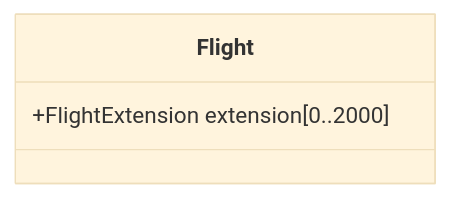
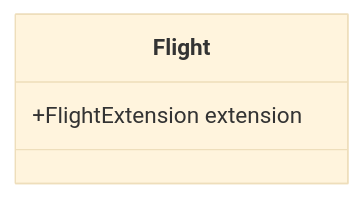
Before and after one commit to du-lapin/test_docsify: the second of 2 diagrams in docs/fixm/FIXM_UML_in_mermaid.md, drawn with Mermaid (base theme).

````diff
--- a/docs/fixm/FIXM_UML_in_mermaid.md
+++ b/docs/fixm/FIXM_UML_in_mermaid.md
@@ -24,4 +24,4 @@
 ```mermaid
 classDiagram
-Flight : +FlightExtension extension[0..2000]
+Flight : +FlightExtension extension
 ```
````
